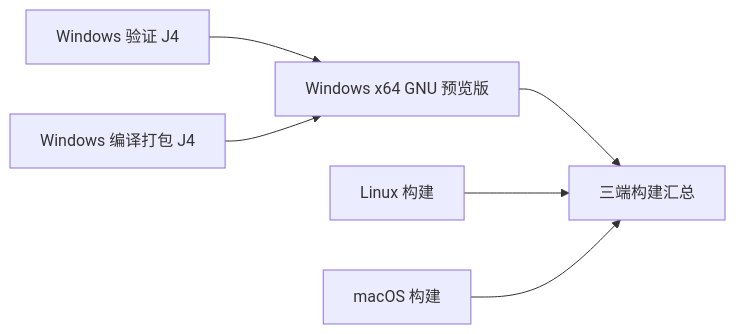
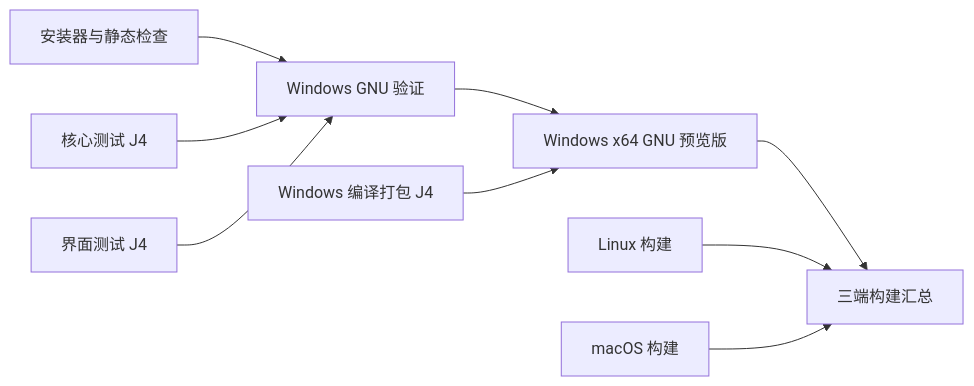
The diagram in docs/WINDOWS-CI-PERFORMANCE.md (JoyElliot/grok-build-Chinese), drawn with Mermaid before and after one commit. The commit also changed other lines of this file and 9 other files, not shown here.

````diff
--- a/docs/WINDOWS-CI-PERFORMANCE.md
+++ b/docs/WINDOWS-CI-PERFORMANCE.md
@@ -5,8 +5,11 @@
 ```mermaid
 flowchart LR
-    V[Windows 验证 J4] --> G[Windows x64 GNU 预览版]
+    P[安装器与静态检查] --> V[Windows GNU 验证]
+    C[核心测试 J4] --> V
+    U[界面测试 J4] --> V
+    V --> G[Windows x64 GNU 预览版]
     B[Windows 编译打包 J4] --> G
     G --> S[三端构建汇总]
     L[Linux 构建] --> S
     M[macOS 构建] --> S
 ```
````
